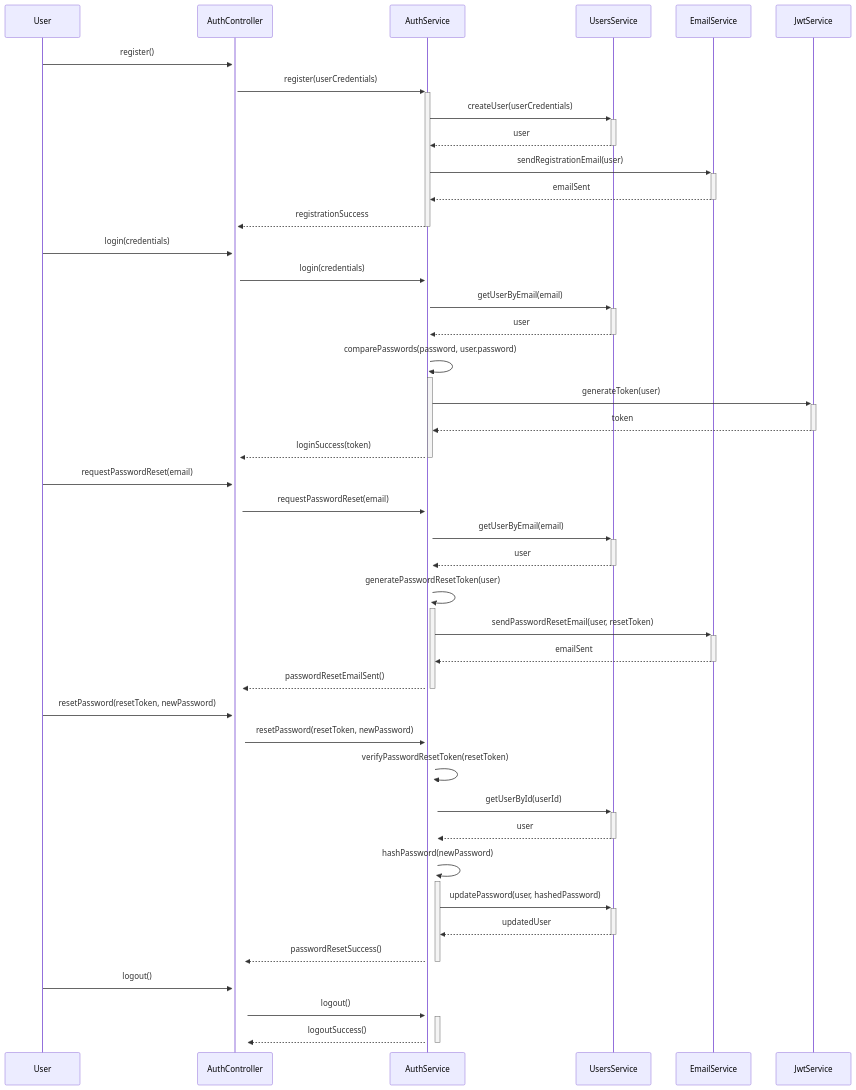
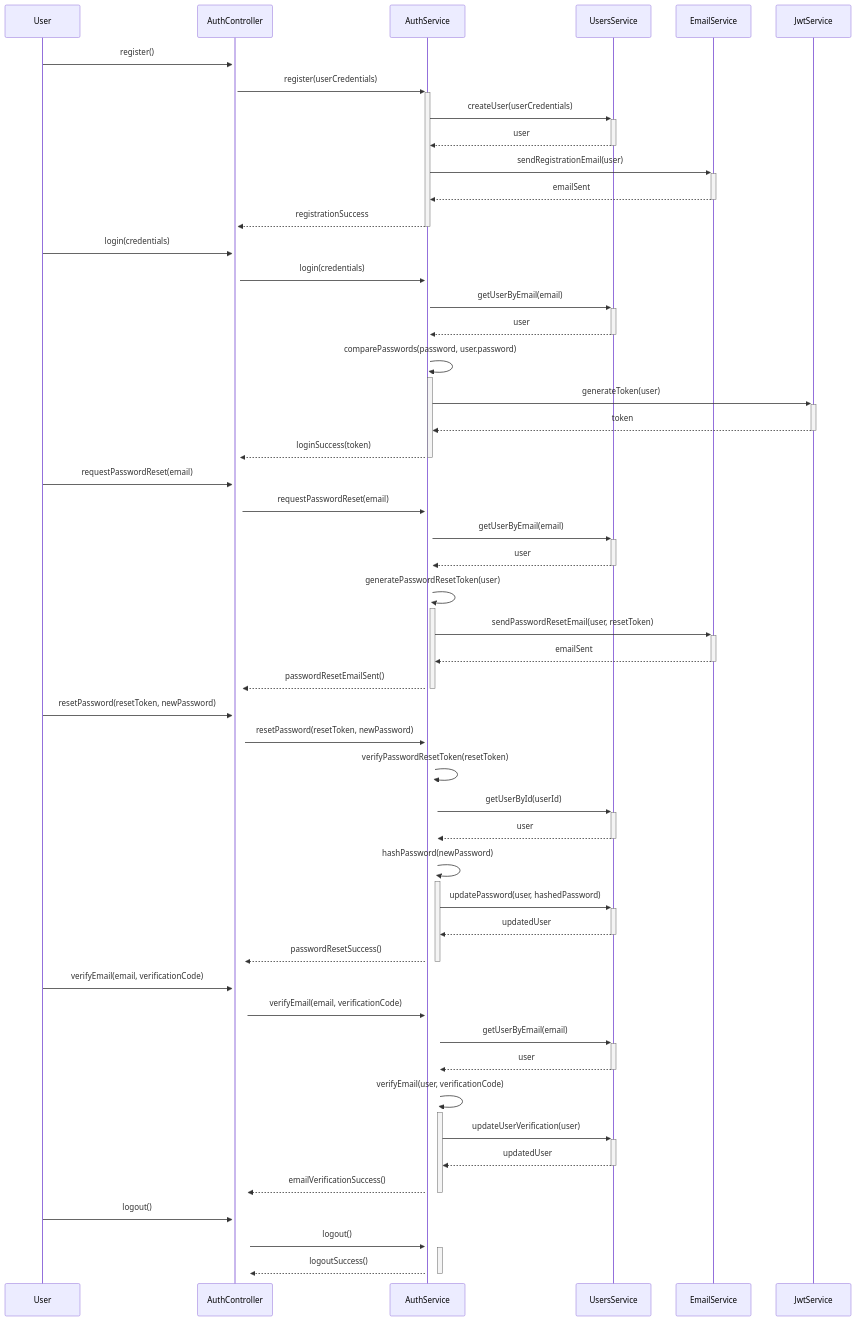
One commit to ahmedeid6842/How changed the first of 6 diagrams in README.md. Above: the diagram before and after it, drawn with Mermaid. The commit also changed other lines of this file, not shown here.

Commit message:
Update API Reference links in README.md and sequence diagram

````diff
--- a/README.md
+++ b/README.md
@@ -135,49 +135,58 @@
 ```mermaid
-   sequenceDiagram
-      participant User
-      participant AuthController
-      participant AuthService
-      participant UsersService
-      participant EmailService
-      participant JwtService
+sequenceDiagram
+    participant User
+    participant AuthController
+    participant AuthService
+    participant UsersService
+    participant EmailService
+    participant JwtService
 
-      User->>+AuthController: register()
-      AuthController->>+AuthService: register(userCredentials)
-      AuthService->>+UsersService: createUser(userCredentials)
-      UsersService-->>-AuthService: user
-      AuthService->>+EmailService: sendRegistrationEmail(user)
-      EmailService-->>-AuthService: emailSent
-      AuthService-->>-AuthController: registrationSuccess
+    User->>+AuthController: register()
+    AuthController->>+AuthService: register(userCredentials)
+    AuthService->>+UsersService: createUser(userCredentials)
+    UsersService-->>-AuthService: user
+    AuthService->>+EmailService: sendRegistrationEmail(user)
+    EmailService-->>-AuthService: emailSent
+    AuthService-->>-AuthController: registrationSuccess
 
-      User->>+AuthController: login(credentials)
-      AuthController->>+AuthService: login(credentials)
-      AuthService->>+UsersService: getUserByEmail(email)
-      UsersService-->>-AuthService: user
-      AuthService->>+AuthService: comparePasswords(password, user.password)
-      AuthService->>+JwtService: generateToken(user)
-      JwtService-->>-AuthService: token
-      AuthService-->>-AuthController: loginSuccess(token)
+    User->>+AuthController: login(credentials)
+    AuthController->>+AuthService: login(credentials)
+    AuthService->>+UsersService: getUserByEmail(email)
+    UsersService-->>-AuthService: user
+    AuthService->>+AuthService: comparePasswords(password, user.password)
+    AuthService->>+JwtService: generateToken(user)
+    JwtService-->>-AuthService: token
+    AuthService-->>-AuthController: loginSuccess(token)
 
-      User->>+AuthController: requestPasswordReset(email)
-      AuthController->>+AuthService: requestPasswordReset(email)
-      AuthService->>+UsersService: getUserByEmail(email)
-      UsersService-->>-AuthService: user
-      AuthService->>+AuthService: generatePasswordResetToken(user)
-      AuthService->>+EmailService: sendPasswordResetEmail(user, resetToken)
-      EmailService-->>-AuthService: emailSent
-      AuthService-->>-AuthController: passwordResetEmailSent()
+    User->>+AuthController: requestPasswordReset(email)
+    AuthController->>+AuthService: requestPasswordReset(email)
+    AuthService->>+UsersService: getUserByEmail(email)
+    UsersService-->>-AuthService: user
+    AuthService->>+AuthService: generatePasswordResetToken(user)
+    AuthService->>+EmailService: sendPasswordResetEmail(user, resetToken)
+    EmailService-->>-AuthService: emailSent
+    AuthService-->>-AuthController: passwordResetEmailSent()
 
-      User->>+AuthController: resetPassword(resetToken, newPassword)
-      AuthController->>+AuthService: resetPassword(resetToken, newPassword)
-      AuthService->>+AuthService: verifyPasswordResetToken(resetToken)
-      AuthService->>+UsersService: getUserById(userId)
-      UsersService-->>-AuthService: user
-      AuthService->>+AuthService: hashPassword(newPassword)
-      AuthService->>+UsersService: updatePassword(user, hashedPassword)
-      UsersService-->>-AuthService: updatedUser
-      AuthService-->>-AuthController: passwordResetSuccess()
+    User->>+AuthController: resetPassword(resetToken, newPassword)
+    AuthController->>+AuthService: resetPassword(resetToken, newPassword)
+    AuthService->>+AuthService: verifyPasswordResetToken(resetToken)
+    AuthService->>+UsersService: getUserById(userId)
+    UsersService-->>-AuthService: user
+    AuthService->>+AuthService: hashPassword(newPassword)
+    AuthService->>+UsersService: updatePassword(user, hashedPassword)
+    UsersService-->>-AuthService: updatedUser
+    AuthService-->>-AuthController: passwordResetSuccess()
 
-      User->>+AuthController: logout()
-      AuthController->>+AuthService: logout()
-      AuthService-->>-AuthController: logoutSuccess()
+    User->>+AuthController: verifyEmail(email, verificationCode)
+    AuthController->>+AuthService: verifyEmail(email, verificationCode)
+    AuthService->>+UsersService: getUserByEmail(email)
+    UsersService-->>-AuthService: user
+    AuthService->>+AuthService: verifyEmail(user, verificationCode)
+    AuthService->>+UsersService: updateUserVerification(user)
+    UsersService-->>-AuthService: updatedUser
+    AuthService-->>-AuthController: emailVerificationSuccess()
+
+    User->>+AuthController: logout()
+    AuthController->>+AuthService: logout()
+    AuthService-->>-AuthController: logoutSuccess()
 ```
````
